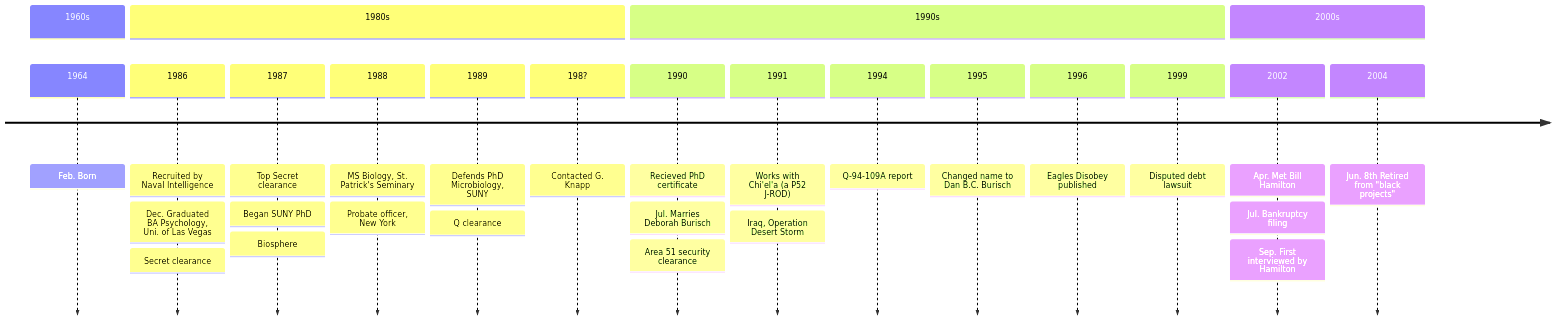
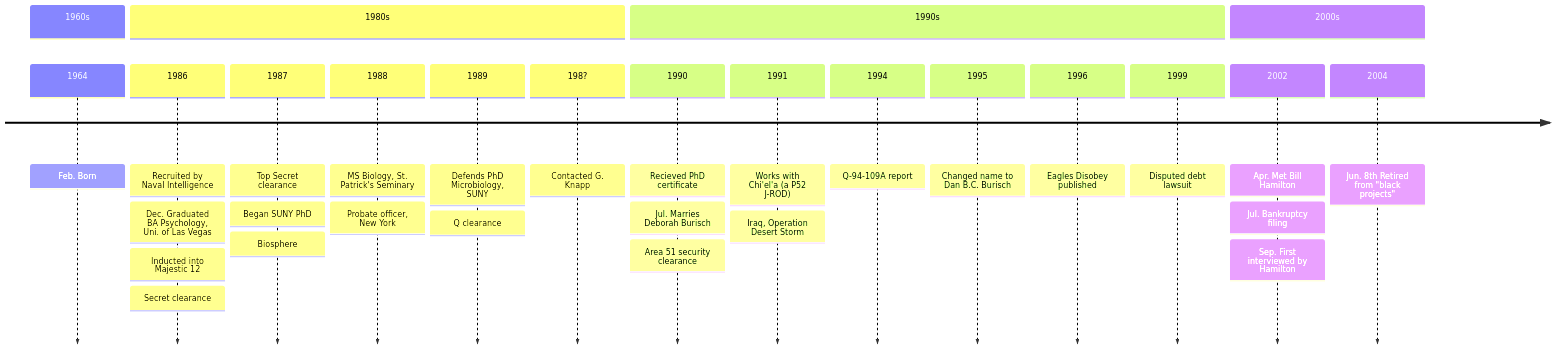
One commit to Black-Star-Institute/blackstar.github.io changed the diagram in docs/people/burisch_dan.md. Above: the diagram before and after it, drawn with Mermaid. The commit also changed other lines of this file, not shown here.

````diff
--- a/docs/people/burisch_dan.md
+++ b/docs/people/burisch_dan.md
@@ -9,32 +9,33 @@
 ```mermaid
 timeline
     section 1960s
         1964 : Feb. Born
     section 1980s
         1986 : Recruited by Naval Intelligence
              : Dec. Graduated BA Psychology, Uni. of Las Vegas
+             : Inducted into Majestic 12
              : Secret clearance
         1987 : Top Secret clearance
              : Began SUNY PhD
              : Biosphere
         1988 : MS Biology, St. Patrick's Seminary
              : Probate officer, New York
         1989 : Defends PhD Microbiology, SUNY
              : Q clearance
         198? : Contacted G. Knapp
     section 1990s
         1990 : Recieved PhD certificate
              : Jul. Marries Deborah Burisch
              : Area 51 security clearance
         1991 : Works with Chi'el'a (a P52 J-ROD)
              : Iraq, Operation Desert Storm
         1994 : Q-94-109A report
         1995 : Changed name to Dan B.C. Burisch
         1996 : Eagles Disobey published
         1999 : Disputed debt lawsuit
     section 2000s
         2002 : Apr. Met Bill Hamilton
              : Jul. Bankruptcy filing
              : Sep. First interviewed by Hamilton
         2004 : Jun. 8th Retired from "black projects"
 ```
````
